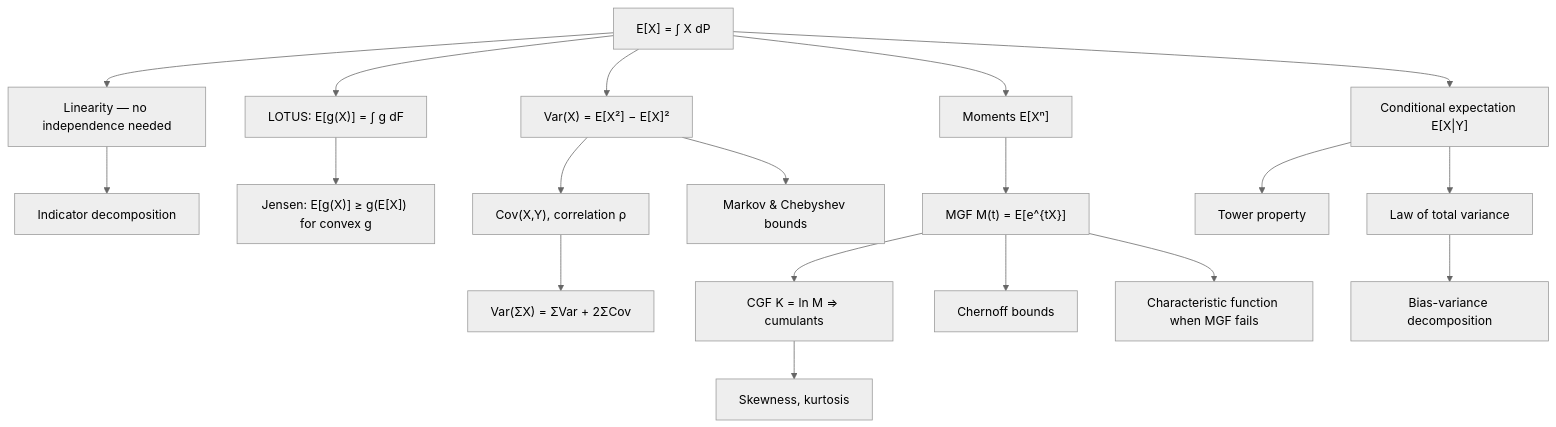
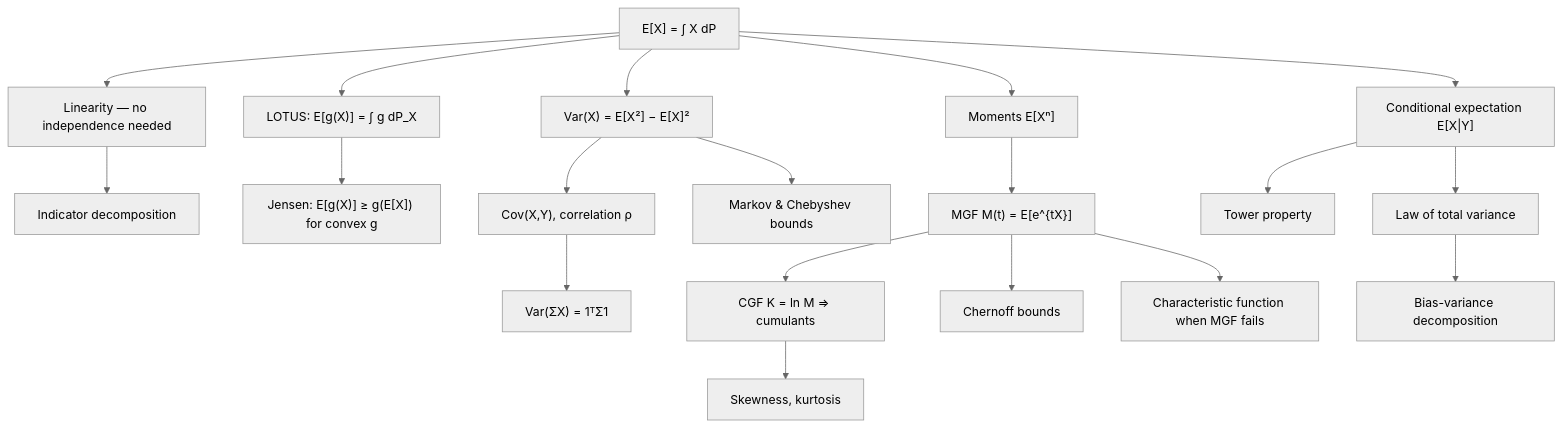
Before and after one commit to hien078/applied-mathematics-foundation: the diagram in probability_statistics/06_expectation_variance_and_moments/README.md, drawn with Mermaid (neutral theme). The commit also changed other lines of this file and 150 other files, not shown here.

````diff
--- a/probability_statistics/06_expectation_variance_and_moments/README.md
+++ b/probability_statistics/06_expectation_variance_and_moments/README.md
@@ -24,21 +38,21 @@
 ```mermaid
 graph TD
     A["E[X] = ∫ X dP"] --> B["Linearity — no independence needed"]
     B --> C["Indicator decomposition"]
-    A --> D["LOTUS: E[g(X)] = ∫ g dF"]
+    A --> D["LOTUS: E[g(X)] = ∫ g dP_X"]
     D --> E["Jensen: E[g(X)] ≥ g(E[X]) for convex g"]
     A --> F["Var(X) = E[X²] − E[X]²"]
     F --> G["Cov(X,Y), correlation ρ"]
-    G --> H["Var(ΣX) = ΣVar + 2ΣCov"]
+    G --> H["Var(ΣX) = 1ᵀΣ1"]
     F --> I["Markov & Chebyshev bounds"]
     A --> J["Moments E[Xⁿ]"]
     J --> K["MGF M(t) = E[e^{tX}]"]
     K --> L["CGF K = ln M ⇒ cumulants"]
     L --> M["Skewness, kurtosis"]
     K --> N["Chernoff bounds"]
     A --> O["Conditional expectation E[X|Y]"]
     O --> P["Tower property"]
     O --> Q["Law of total variance"]
     Q --> R["Bias-variance decomposition"]
     K --> S["Characteristic function when MGF fails"]
 ```
````
